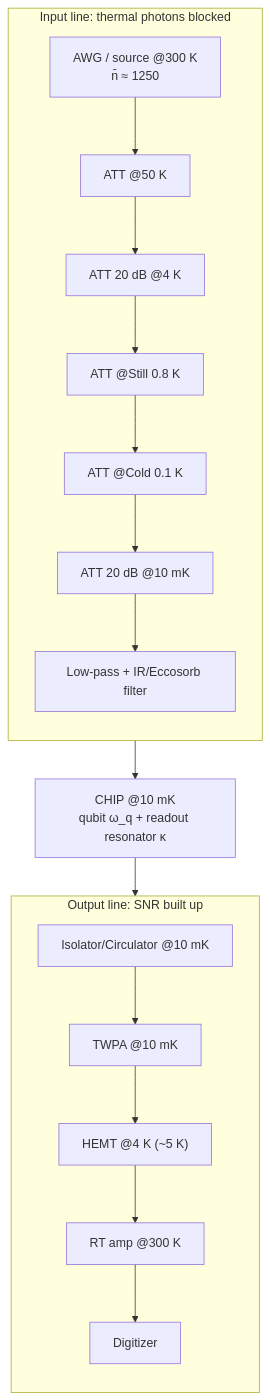
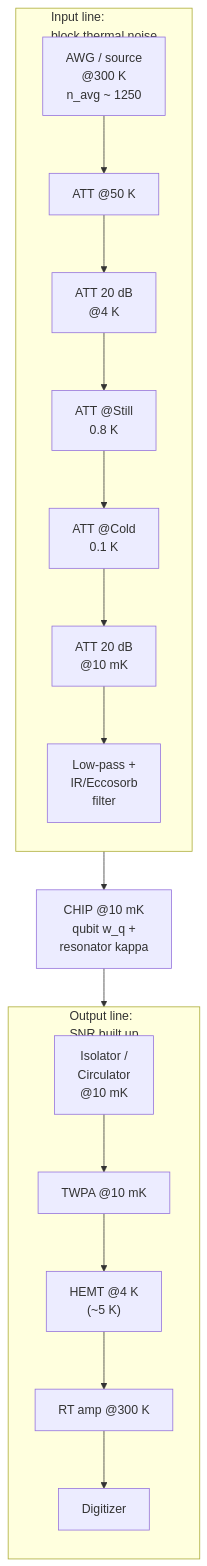
Before and after one commit to Iamsohungrynow/superconducting-qubits-journey: the second of 2 diagrams in tutorial/10-measurement-chain.md, drawn with Mermaid. The commit also changed other lines of this file and 11 other files, not shown here.

Commit message:
Rewrite Mermaid diagrams for clear GitHub rendering (TD layout, short labels)

````diff
--- a/tutorial/10-measurement-chain.md
+++ b/tutorial/10-measurement-chain.md
@@ -130,21 +130,21 @@
 ```mermaid
-flowchart TB
-  subgraph IN["Input line: thermal photons blocked"]
+flowchart TD
+  subgraph IN["Input line:<br/>block thermal noise"]
     direction TB
-    SRC["AWG / source @300 K<br/>n̄ ≈ 1250"] --> A50["ATT @50 K"]
-    A50 --> A4["ATT 20 dB @4 K"]
-    A4 --> AST["ATT @Still 0.8 K"]
-    AST --> AC["ATT @Cold 0.1 K"]
-    AC --> AM["ATT 20 dB @10 mK"]
-    AM --> LP["Low-pass + IR/Eccosorb filter"]
+    SRC["AWG / source<br/>@300 K<br/>n_avg ~ 1250"] --> A50["ATT @50 K"]
+    A50 --> A4["ATT 20 dB<br/>@4 K"]
+    A4 --> AST["ATT @Still<br/>0.8 K"]
+    AST --> AC["ATT @Cold<br/>0.1 K"]
+    AC --> AM["ATT 20 dB<br/>@10 mK"]
+    AM --> LP["Low-pass +<br/>IR/Eccosorb<br/>filter"]
   end
-  LP --> CHIP["CHIP @10 mK<br/>qubit ω_q + readout resonator κ"]
-  subgraph OUT["Output line: SNR built up"]
+  LP --> CHIP["CHIP @10 mK<br/>qubit w_q +<br/>resonator kappa"]
+  subgraph OUT["Output line:<br/>SNR built up"]
     direction TB
-    ISO["Isolator/Circulator @10 mK"] --> TWPA["TWPA @10 mK"]
-    TWPA --> HEMT["HEMT @4 K (~5 K)"]
+    ISO["Isolator /<br/>Circulator<br/>@10 mK"] --> TWPA["TWPA @10 mK"]
+    TWPA --> HEMT["HEMT @4 K<br/>(~5 K)"]
     HEMT --> RT["RT amp @300 K"]
     RT --> DIG["Digitizer"]
   end
   CHIP --> ISO
 ```
````
